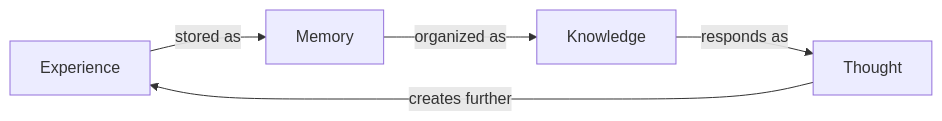
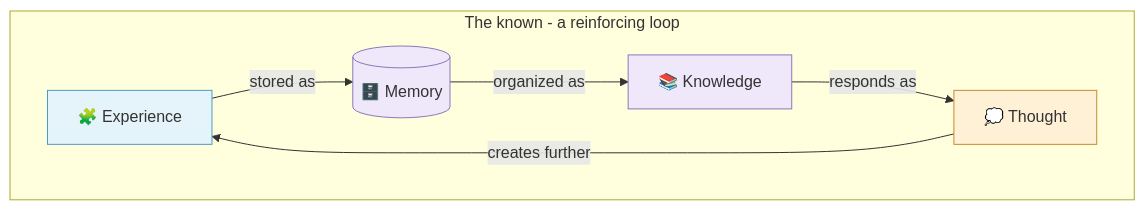
The fourth of 11 diagrams in _posts/2026-09-08-architecture-of-the-mind-krishnamurti.md (enogrob/enogrob.github.io), drawn with Mermaid before and after one commit. The commit also changed other lines of this file, not shown here.

````diff
--- a/_posts/2026-09-08-architecture-of-the-mind-krishnamurti.md
+++ b/_posts/2026-09-08-architecture-of-the-mind-krishnamurti.md
@@ -96,7 +190,15 @@
 ```mermaid!
-flowchart LR
-    E["Experience"] -->|stored as| M["Memory"]
-    M -->|organized as| K["Knowledge"]
-    K -->|responds as| T["Thought"]
-    T -->|creates further| E
+flowchart TD
+    subgraph RECURSION[The known - a reinforcing loop]
+      E["🧩 Experience"] -->|stored as| M[("🗄️ Memory")]
+      M -->|organized as| K["📚 Knowledge"]
+      K -->|responds as| T["💭 Thought"]
+      T -->|creates further| E
+    end
+    classDef experience fill:#e5f4fb,stroke:#4b9cc4,stroke-width:1px
+    classDef memory fill:#eee8fa,stroke:#8b78b8,stroke-width:1px
+    classDef thought fill:#fff1d6,stroke:#c58a35,stroke-width:1px
+    class E experience
+    class M,K memory
+    class T thought
 ```
````
